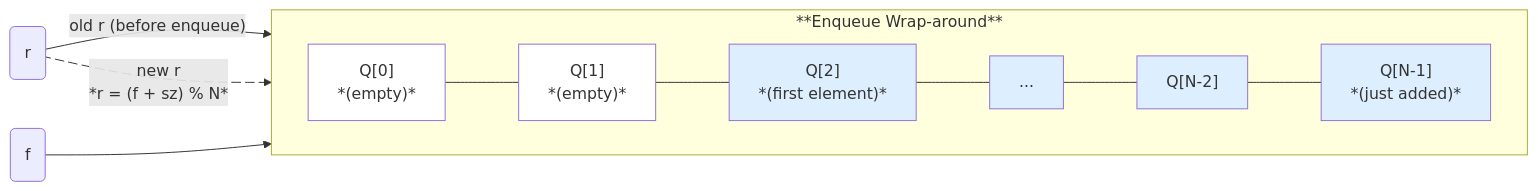
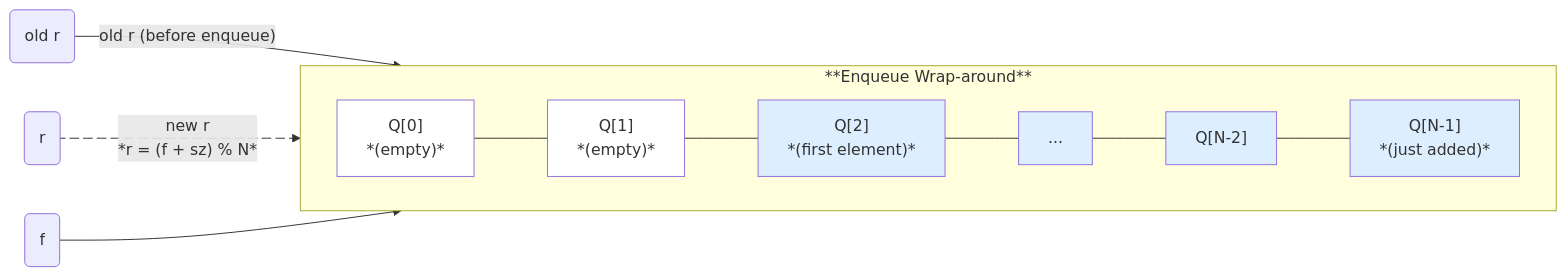
Before and after one commit to ruslylove/datastruct: the fourth of 10 diagrams in lectures/lect-6-Queues.md, drawn with Mermaid. The commit also changed other lines of this file and 2 other files, not shown here.

Commit message:
fixed diagram.

````diff
--- a/lectures/lect-6-Queues.md
+++ b/lectures/lect-6-Queues.md
@@ -234,17 +238,17 @@
 ```mermaid {scale:0.55}
 graph LR
     subgraph "**Enqueue Wrap-around**"
         direction LR
         A["Q[0]<br>*(empty)*"]:::emp --- B["Q[1]<br>*(empty)*"]:::emp --- C["Q[2]<br>*(first element)*"]:::element  --- D["..."]:::element  --- E["Q[N-2]"]:::element --- F["Q[N-1]<br>*(just added)*"]:::element
     end
 
 
-    r("r") -- old r (before enqueue) --> F
-    r e2@-. "new r<br>*r = (f + sz) % N*" .-> A
+    r1("old r") -- old r (before enqueue) --> F
+    r("r") e2@-. "new r<br>*r = (f + sz) % N*" .-> A
     f("f") --> C
 
     e2@{ animate : true}
     classDef element fill:#def
     classDef emp fill:white
 
 ```
````
